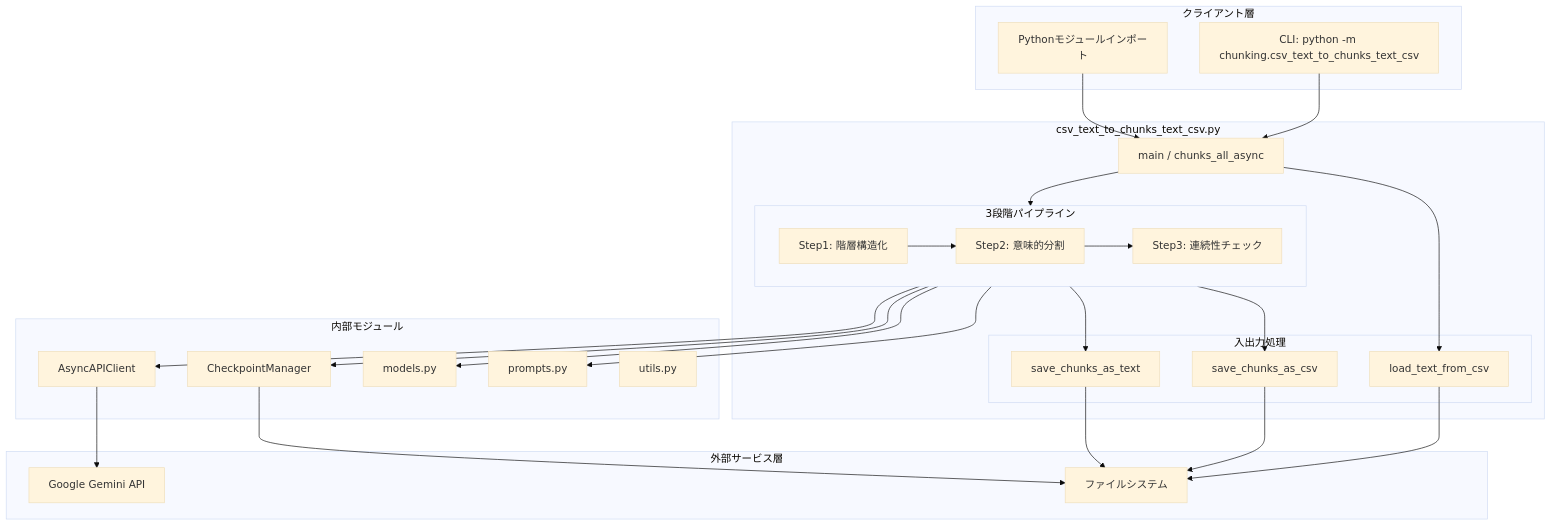
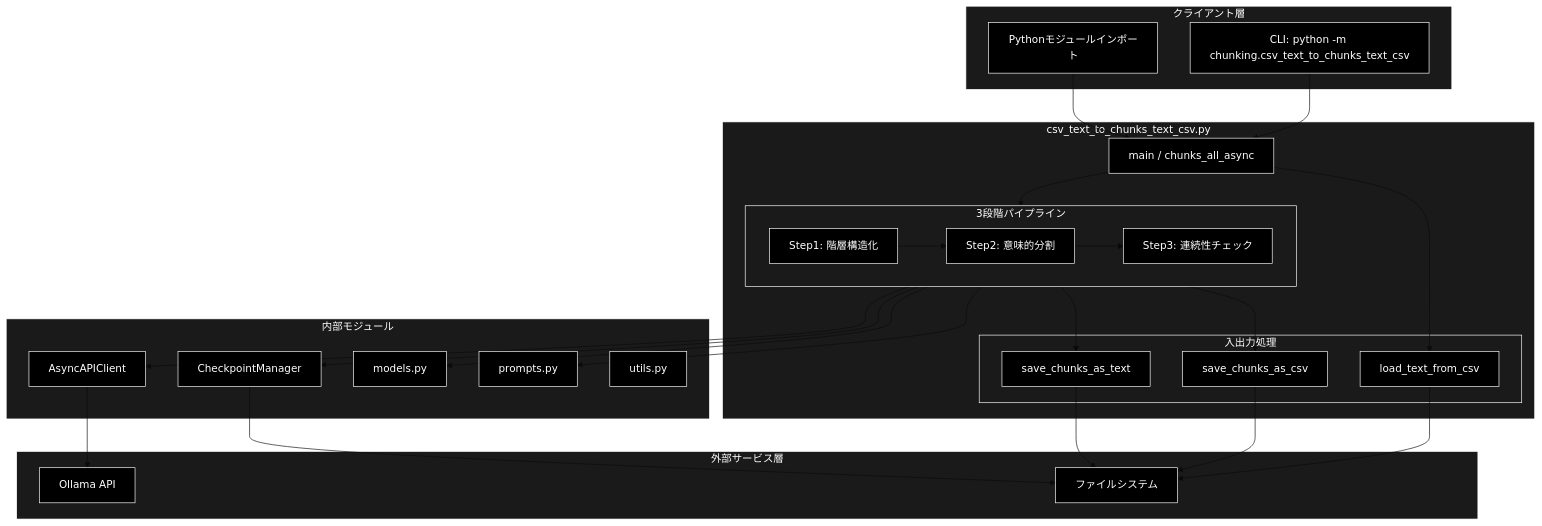
One commit to nakashima2toshio/ollama_grace_agent_v2 changed the first of 7 diagrams in chunking/doc/csv_text_to_chunks_text_csv.md. Above: the diagram before and after it, drawn with Mermaid (base theme). The commit also changed other lines of this file and 13 other files, not shown here.

First line of the commit message:
chunking: Ollama ネイティブ化（コード/コメント/ドキュメントの Gemini→Ollama 全面置換）

````diff
--- a/chunking/doc/csv_text_to_chunks_text_csv.md
+++ b/chunking/doc/csv_text_to_chunks_text_csv.md
@@ -58,57 +58,66 @@
 ```mermaid
 flowchart TB
     subgraph CLIENT["クライアント層"]
         CLI[CLI: python -m chunking.csv_text_to_chunks_text_csv]
         IMPORT[Pythonモジュールインポート]
     end
 
     subgraph MODULE["csv_text_to_chunks_text_csv.py"]
         MAIN[main / chunks_all_async]
 
         subgraph PIPELINE["3段階パイプライン"]
             STEP1[Step1: 階層構造化]
             STEP2[Step2: 意味的分割]
             STEP3[Step3: 連続性チェック]
         end
 
         subgraph IO["入出力処理"]
             LOAD[load_text_from_csv]
             SAVE_CSV[save_chunks_as_csv]
             SAVE_TXT[save_chunks_as_text]
         end
     end
 
     subgraph INTERNAL["内部モジュール"]
         API_CLIENT[AsyncAPIClient]
         CHECKPOINT[CheckpointManager]
         MODELS[models.py]
         PROMPTS[prompts.py]
         UTILS[utils.py]
     end
 
     subgraph EXTERNAL["外部サービス層"]
-        GEMINI[Google Gemini API]
+        GEMINI[Ollama API]
         FS[ファイルシステム]
     end
 
     CLI --> MAIN
     IMPORT --> MAIN
     MAIN --> LOAD
     MAIN --> PIPELINE
     PIPELINE --> SAVE_CSV
     PIPELINE --> SAVE_TXT
 
     STEP1 --> STEP2
     STEP2 --> STEP3
 
     PIPELINE --> API_CLIENT
     PIPELINE --> CHECKPOINT
     PIPELINE --> MODELS
     PIPELINE --> PROMPTS
 
     API_CLIENT --> GEMINI
     LOAD --> FS
     SAVE_CSV --> FS
     SAVE_TXT --> FS
     CHECKPOINT --> FS
+classDef default fill:#000,stroke:#fff,color:#fff
+classDef subgraphStyle fill:#1a1a1a,stroke:#fff,color:#fff
+class CLI,IMPORT,MAIN,STEP1,STEP2,STEP3,LOAD,SAVE_CSV,SAVE_TXT,API_CLIENT,CHECKPOINT,MODELS,PROMPTS,UTILS,GEMINI,FS default
+style CLIENT fill:#1a1a1a,stroke:#fff,color:#fff
+style MODULE fill:#1a1a1a,stroke:#fff,color:#fff
+style PIPELINE fill:#1a1a1a,stroke:#fff,color:#fff
+style IO fill:#1a1a1a,stroke:#fff,color:#fff
+style INTERNAL fill:#1a1a1a,stroke:#fff,color:#fff
+style EXTERNAL fill:#1a1a1a,stroke:#fff,color:#fff
 ```
````
